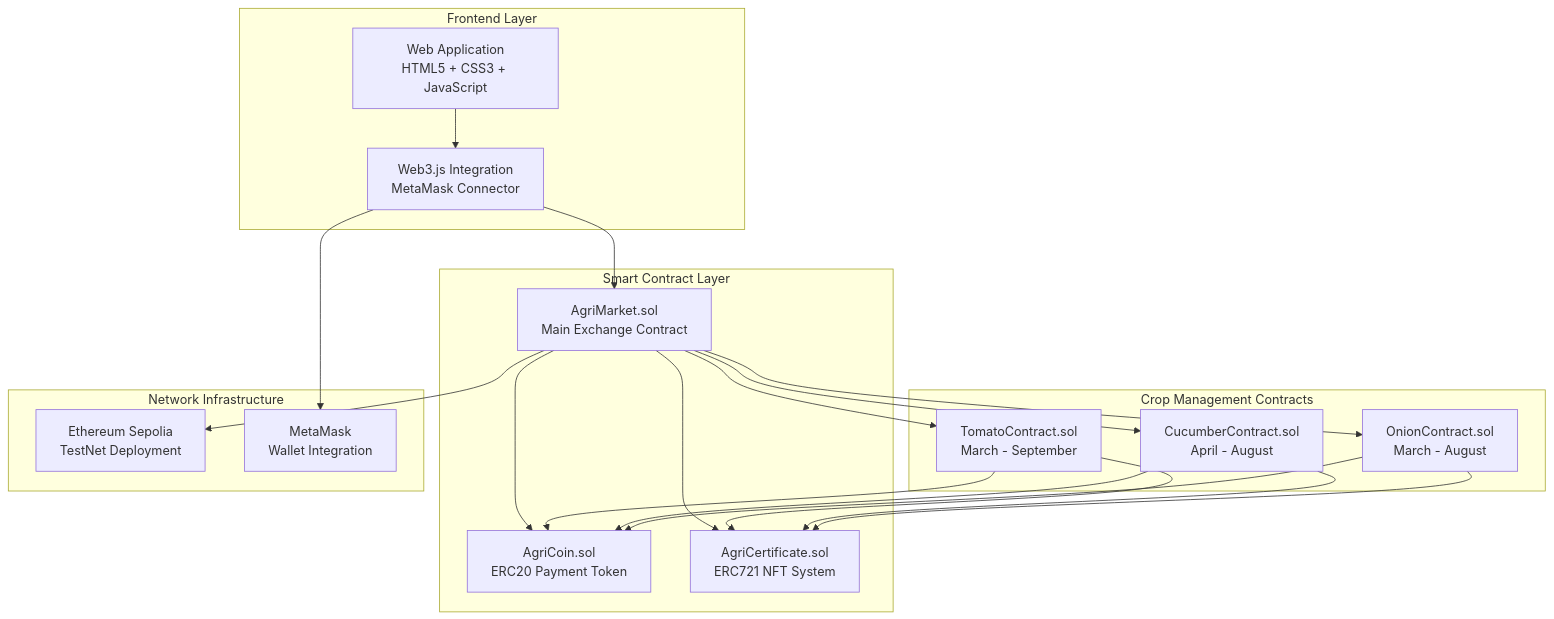
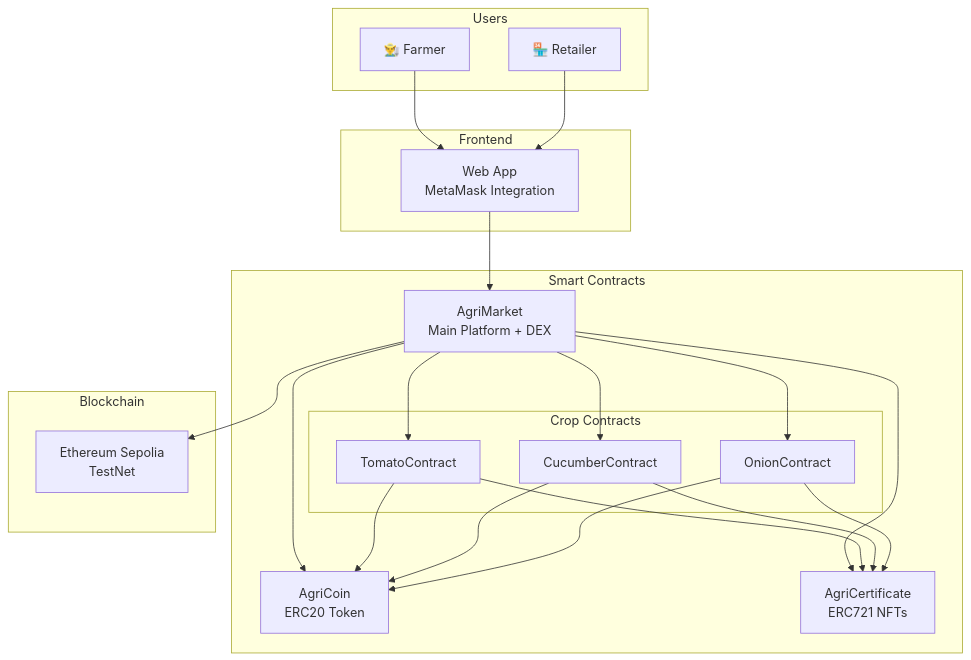
The diagram in README.md (AdirGelkop/AgriMarket), drawn with Mermaid before and after one commit. The commit also changed other lines of this file and 5 other files, not shown here.

````diff
--- a/README.md
+++ b/README.md
@@ -19,43 +21,47 @@
 ```mermaid
 graph TB
-    subgraph "Frontend Layer"
-        UI[Web Application<br/>HTML5 + CSS3 + JavaScript]
-        W3[Web3.js Integration<br/>MetaMask Connector]
+    subgraph "Users"
+        F[👨‍🌾 Farmer]
+        R[🏪 Retailer]
     end
     
-    subgraph "Smart Contract Layer"
-        AM[AgriMarket.sol<br/>Main Exchange Contract]
-        AC[AgriCoin.sol<br/>ERC20 Payment Token]
-        CERT[AgriCertificate.sol<br/>ERC721 NFT System]
+    subgraph "Frontend"
+        UI[Web App<br/>MetaMask Integration]
     end
     
-    subgraph "Crop Management Contracts"
-        TC[TomatoContract.sol<br/>March - September]
-        CC[CucumberContract.sol<br/>April - August]
-        OC[OnionContract.sol<br/>March - August]
+    subgraph "Smart Contracts"
+        AM[AgriMarket<br/>Main Platform + DEX]
+        AC[AgriCoin<br/>ERC20 Token]
+        CERT[AgriCertificate<br/>ERC721 NFTs]
+        
+        subgraph "Crop Contracts"
+            TC[TomatoContract]
+            CC[CucumberContract] 
+            OC[OnionContract]
+        end
     end
     
-    subgraph "Network Infrastructure"
-        ETH[Ethereum Sepolia<br/>TestNet Deployment]
-        MM[MetaMask<br/>Wallet Integration]
+    subgraph "Blockchain"
+        ETH[Ethereum Sepolia<br/>TestNet]
     end
     
-    UI --> W3
-    W3 --> AM
+    F --> UI
+    R --> UI
+    UI --> AM
+    
     AM --> AC
     AM --> CERT
     AM --> TC
     AM --> CC
     AM --> OC
     
     TC --> AC
     CC --> AC
     OC --> AC
     
     TC --> CERT
     CC --> CERT
     OC --> CERT
     
-    W3 --> MM
     AM --> ETH
 ```
````
